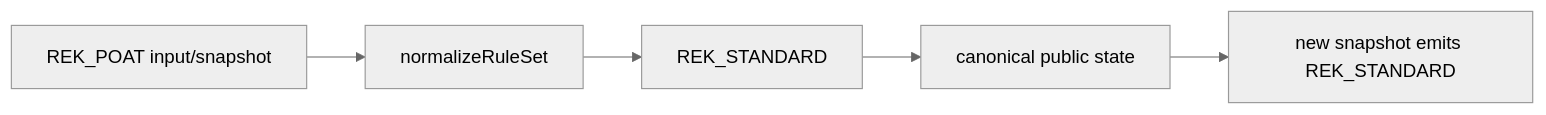
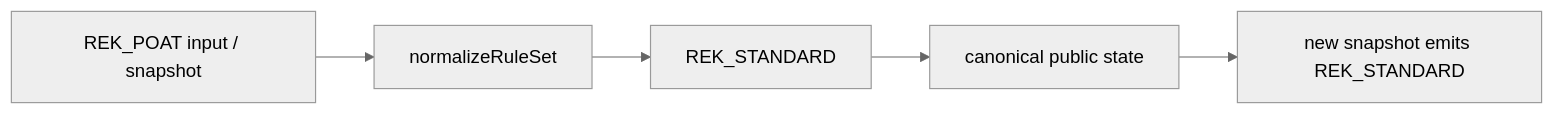
Before and after one commit to machxanht/Rek-Khmer-Chess: the third of 7 diagrams in ENGINE_ARCHITECTURE_REK_KHMER.md, drawn with Mermaid (neutral theme). The commit also changed other lines of this file and 50 other files, not shown here.

````diff
--- a/ENGINE_ARCHITECTURE_REK_KHMER.md
+++ b/ENGINE_ARCHITECTURE_REK_KHMER.md
@@ -176,7 +152,7 @@
 ```mermaid
 flowchart LR
-    OLD[REK_POAT input/snapshot] --> N[normalizeRuleSet]
+    OLD[REK_POAT input / snapshot] --> N[normalizeRuleSet]
     N --> STD[REK_STANDARD]
     STD --> STATE[canonical public state]
     STATE --> SNAP[new snapshot emits REK_STANDARD]
 ```
````
